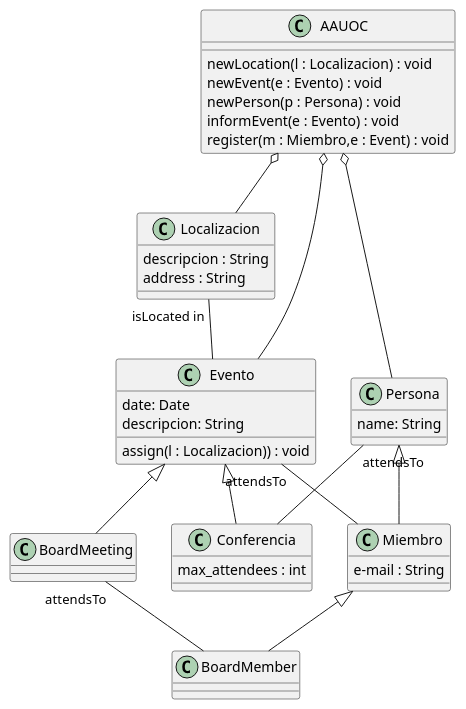
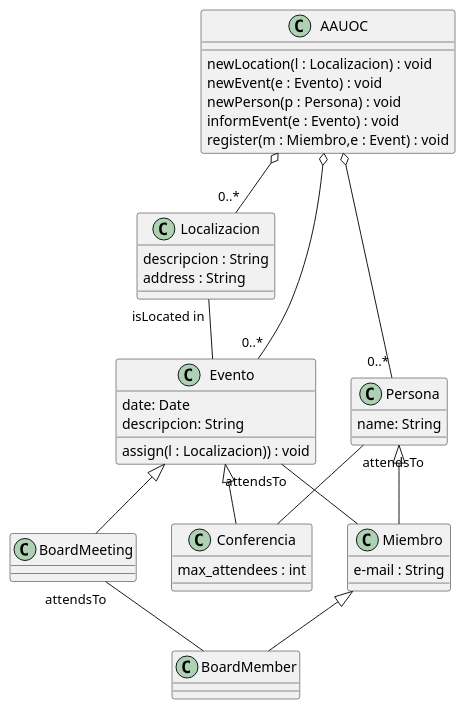
Before and after one commit to abrahambelen/UMLClasesAbrahamBelenDuran: the diagram in src/EjercicioUML.puml, drawn with PlantUML.

Commit message:
Cardinalidades AAUOC

```diff
--- a/src/EjercicioUML.puml
+++ b/src/EjercicioUML.puml
@@ -1,64 +1,64 @@
 @startuml
 
 class Miembro{
 e-mail : String
 
 }
 
 class BoardMember{
 
 }
 
 class Evento{
 date: Date
 descripcion: String
 assign(l : Localizacion)) : void
 
 }
 
 class Conferencia{
 max_attendees : int
 }
 
 class BoardMeeting{
 
 }
 
 class Localizacion{
 descripcion : String
 address : String
 }
 
 class Persona{
 name: String
 
 }
 
 class AAUOC{
 newLocation(l : Localizacion) : void
 newEvent(e : Evento) : void
 newPerson(p : Persona) : void
 informEvent(e : Evento) : void
 register(m : Miembro,e : Event) : void
 }
 
 Evento <|-- Conferencia
 Evento <|-- BoardMeeting
 
 Persona <|-- Miembro
 Miembro <|-- BoardMember
 
-AAUOC o-- Persona
-AAUOC o-- Localizacion
-AAUOC o-- Evento
+AAUOC o-- "0..*" Persona
+AAUOC o-- "0..*" Localizacion
+AAUOC o-- "0..*" Evento
 
 Persona "attendsTo" -- Conferencia
 
 BoardMeeting "attendsTo" -- BoardMember
 
 Evento "attendsTo" -- Miembro
 
 Localizacion "isLocated in" -- Evento
 
 
 @enduml
```
